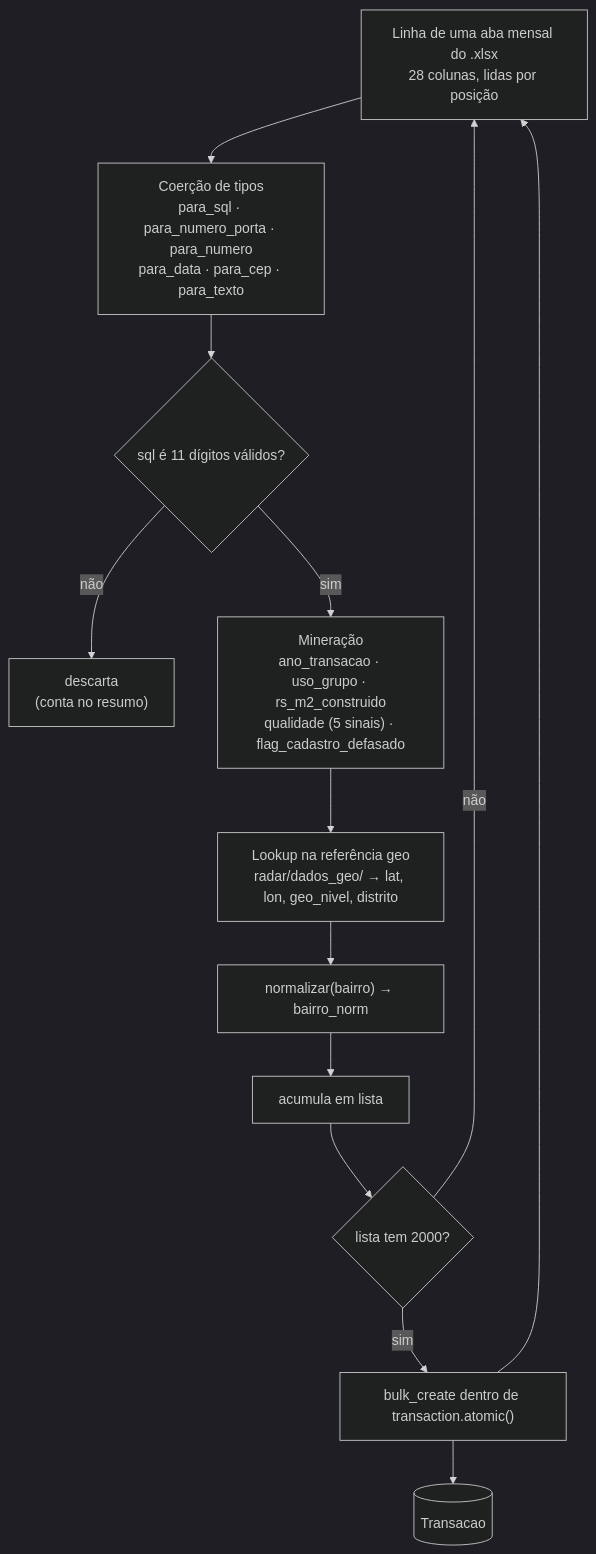
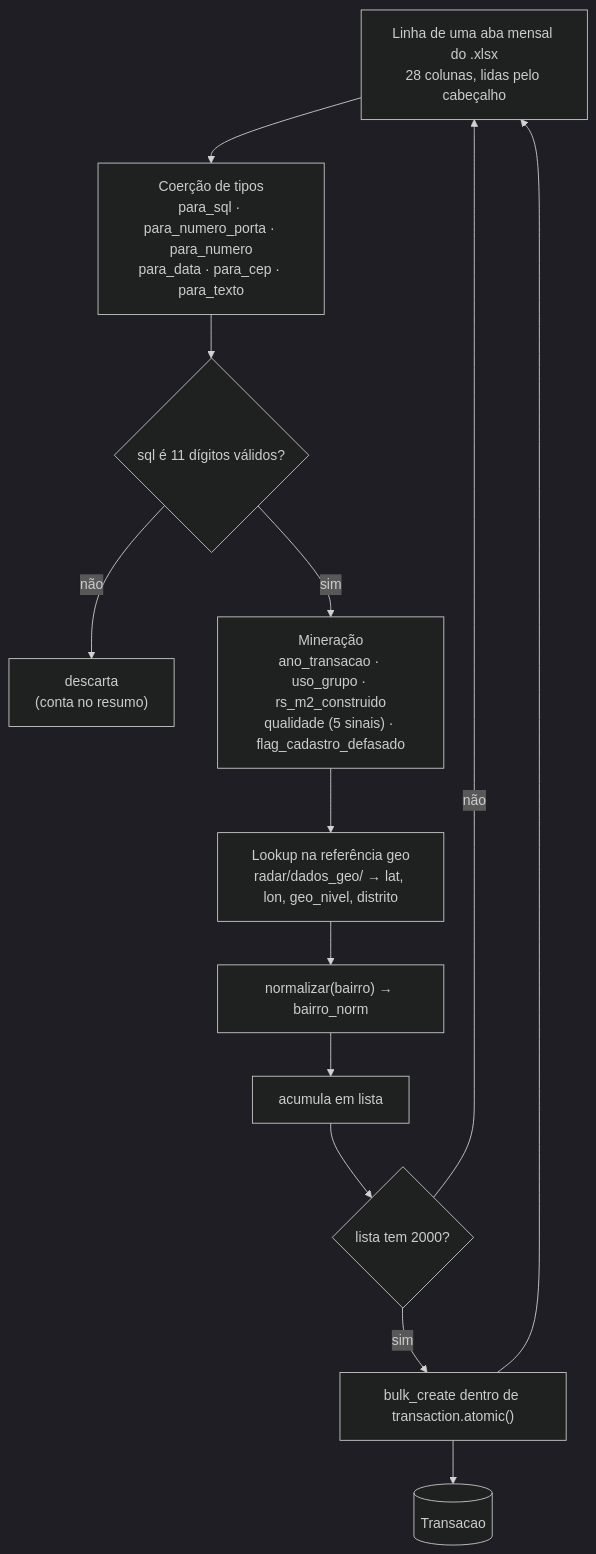
Before and after one commit to patrick-univesp/projeto-integrador-2-radarmoradiasp: the second of 6 diagrams in docs/modelo-transacao.md, drawn with Mermaid (dark theme). The commit also changed 4 other files, not shown here.

First line of the commit message:
feat(carga): lê as colunas da planilha pelo cabeçalho, não pela posição

````diff
--- a/docs/modelo-transacao.md
+++ b/docs/modelo-transacao.md
@@ -134,15 +134,15 @@
 ```mermaid
 flowchart TD
-    A["Linha de uma aba mensal do .xlsx<br/>28 colunas, lidas por posição"] --> B["Coerção de tipos<br/>para_sql · para_numero_porta · para_numero<br/>para_data · para_cep · para_texto"]
+    A["Linha de uma aba mensal do .xlsx<br/>28 colunas, lidas pelo cabeçalho"] --> B["Coerção de tipos<br/>para_sql · para_numero_porta · para_numero<br/>para_data · para_cep · para_texto"]
     B --> C{"sql é 11 dígitos válidos?"}
     C -- não --> X["descarta<br/>(conta no resumo)"]
     C -- sim --> D["Mineração<br/>ano_transacao · uso_grupo · rs_m2_construido<br/>qualidade (5 sinais) · flag_cadastro_defasado"]
     D --> E["Lookup na referência geo<br/>radar/dados_geo/ → lat, lon, geo_nivel, distrito"]
     E --> F["normalizar(bairro) → bairro_norm"]
     F --> G["acumula em lista"]
     G --> H{"lista tem 2000?"}
     H -- não --> A
     H -- sim --> I["bulk_create dentro de transaction.atomic()"]
     I --> J[("Transacao")]
     I --> A
 ```
````
